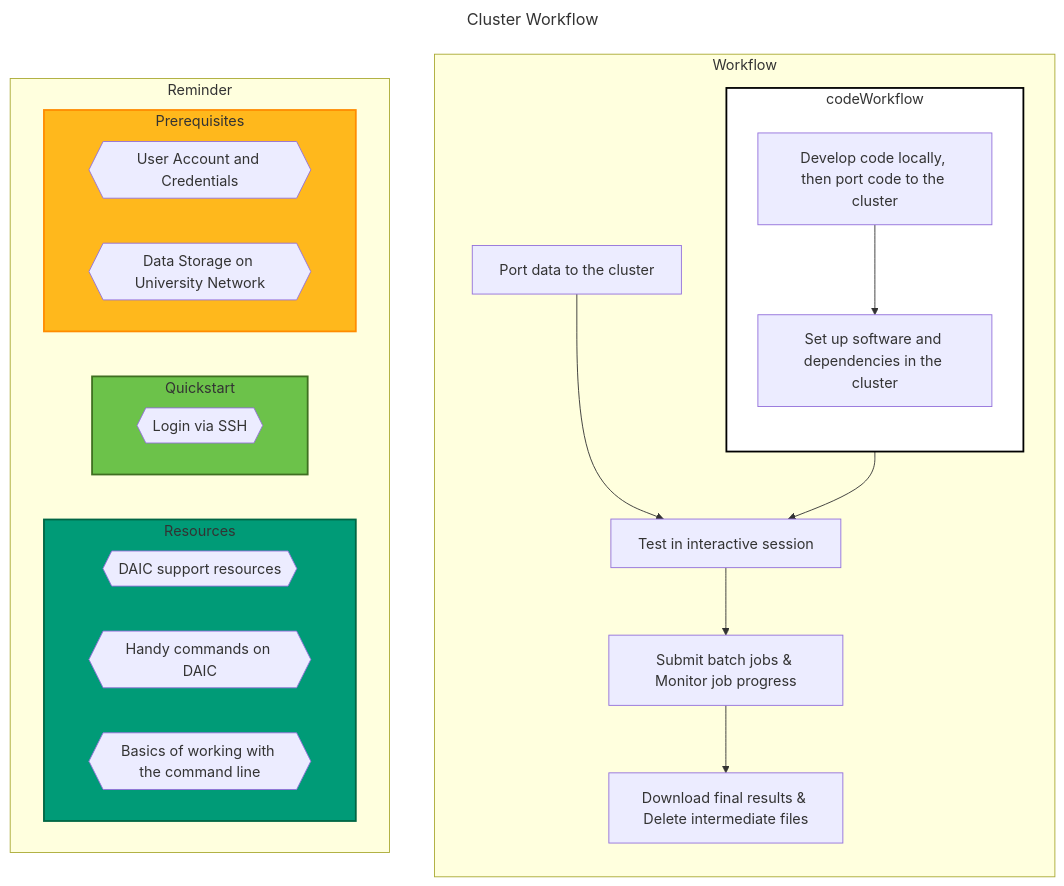
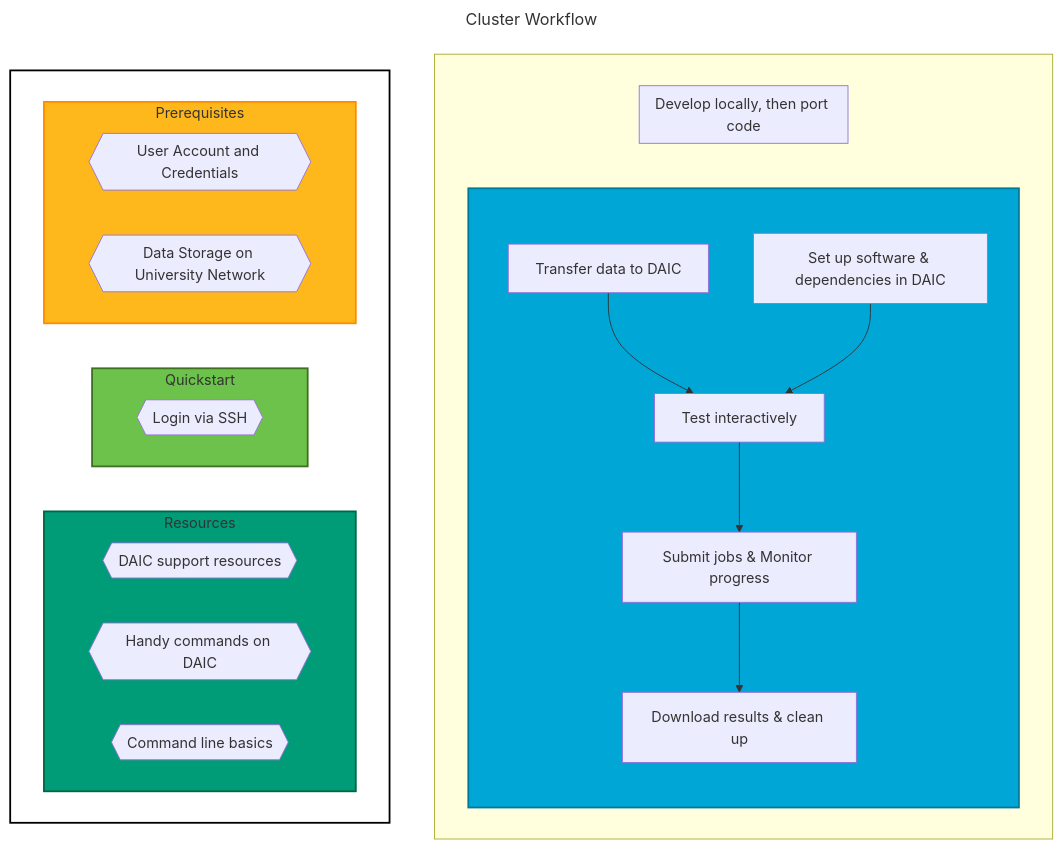
The diagram in content/en/quickstart/_index.md (DAIC-tud/docs), drawn with Mermaid before and after one commit. The commit also changed other lines of this file, not shown here.

Commit message:
Update styling and streamline diagram in QuickStart guide

````diff
--- a/content/en/quickstart/_index.md
+++ b/content/en/quickstart/_index.md
@@ -27,80 +25,75 @@
 ```mermaid
 ---
 title: "Cluster Workflow"
 ---
 flowchart TB
 
-    classDef orange fill:#FFA600,stroke:#FF6C00,stroke-width:2px;
-    classDef blue fill:#0076C2,stroke:#005A8C,stroke-width:2px;
     classDef cyan fill:#00A6D6,stroke:#007A99,stroke-width:2px;
     classDef white fill: #FFFFFF,stroke:#000000,stroke-width:2px;
     classDef yellow fill:#FFB81C,stroke:#FF8C00,stroke-width:2px;
     classDef green fill:#6CC24A,stroke:#3F6F21,stroke-width:2px;
     classDef darkgreen fill:#009B77,stroke:#006644,stroke-width:2px;
 
     Prerequisites:::yellow
     Quickstart:::green
     Resources:::darkgreen
-    %%Reminder:::orange
-    codeWorkflow:::white
-    %%Workflow:::cyan
+    Reminder:::white
+    Workflow:::cyan
 
+    subgraph Practical[" "]
+        direction RL
 
-    subgraph Workflow 
-        direction TB    
-        subgraph codeWorkflow
-            direction TB
-            A["Develop code locally, then port code to the cluster" ]
-            C[Set up software and dependencies in the cluster]
-            A --> C 
+        subgraph Workflow[" "]
+            direction TB    
+            C[Set up software & dependencies in DAIC]
 
+            D[Transfer data to DAIC]
+
+            E["Test interactively"]
+
+            F[Submit jobs & Monitor progress]
+            H[Download results & clean up ]
+
+            D --> E
+            C --> E
+            E --> F --> H 
+            
             click C "/docs/manual/software/" "Software setup"
+            click D "/docs/manual/data-management/data-transfer" "Data transfer methods"
+            click E "/docs/manual/job-submission/job-interactive" "Interactive jobs on compute nodes"
+            click F "/docs/manual/job-submission/job-scripts" "Job submission"
+            click H "/support/faqs/job-resources#how-do-i-clean-up-tmp-when-a-job-fails" "How do I clean up tmp?"
         end
+        subgraph  local["Develop locally, then port code"]
+        end
+    end  
 
-        D[Port data to the cluster]
-
-        E["Test in interactive session"]
-
-        F[Submit batch jobs & Monitor job progress]
-        H[Download final results & Delete intermediate files ]
-
-        D --> E
-        codeWorkflow --> E
-        E --> F --> H 
-
-        click D "/docs/manual/data-management/data-transfer" "Data transfer methods"
-        click E "/docs/manual/job-submission/job-interactive" "Interactive jobs on compute nodes"
-        click F "/docs/manual/job-submission/job-scripts" "Job submission"
-        click H "/support/faqs/job-resources#how-do-i-clean-up-tmp-when-a-job-fails" "How do I clean up tmp?"
-        
-    end    
-
-    subgraph Reminder
+    subgraph Reminder[" "]
         subgraph Resources
             direction LR
             r0@{ shape: hex, label: "DAIC support resources"}
             r1@{ shape: hex, label: "Handy commands on DAIC"}
-            r2@{ shape: hex, label: "Basics of working with the command line" }
+            r2@{ shape: hex, label: "Command line basics" }
 
             click r0 "/support/" "DAIC support resources"
             click r1 "/docs/manual/commands" "List of handy commands"
             click r2 "https://swcarpentry.github.io/shell-novice/" "The software carpentry's Unix shell materials"
         end
 
         subgraph Quickstart
             direction LR
             q1@{ shape: hex, label: "Login via SSH"}
-        %%    q2@{ shape: hex, label: "Submit a job to SLURM"}
+            %%q2@{ shape: hex, label: "Submit a job to SLURM"}
             click q1 "/docs/manual/connecting/" "Login via SSH"
         end
 
         subgraph Prerequisites
             direction LR
             p1@{ shape: hex, label: "User Account and Credentials"}
             p2@{ shape: hex, label: "Data Storage on University Network" }
 
             click p1 "https://tudelft.topdesk.net/tas/public/ssp/content/detail/service?unid=c6d0e44564b946eaa049898ffd4e6938&from=d75e860b-7825-4711-8225-8754895b3507" "Request an account"
             click p2 "https://tudelft.topdesk.net/tas/public/ssp/content/detail/service?unid=f359caaa60264f99b0084941736786ae" "Request storage"
         end
     end
 ```
````
